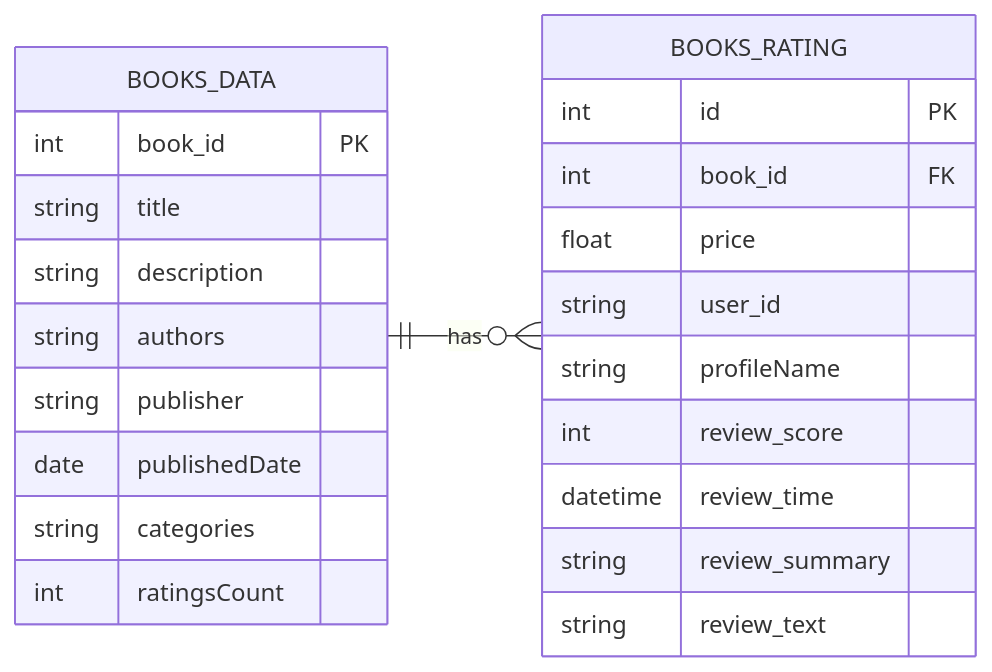
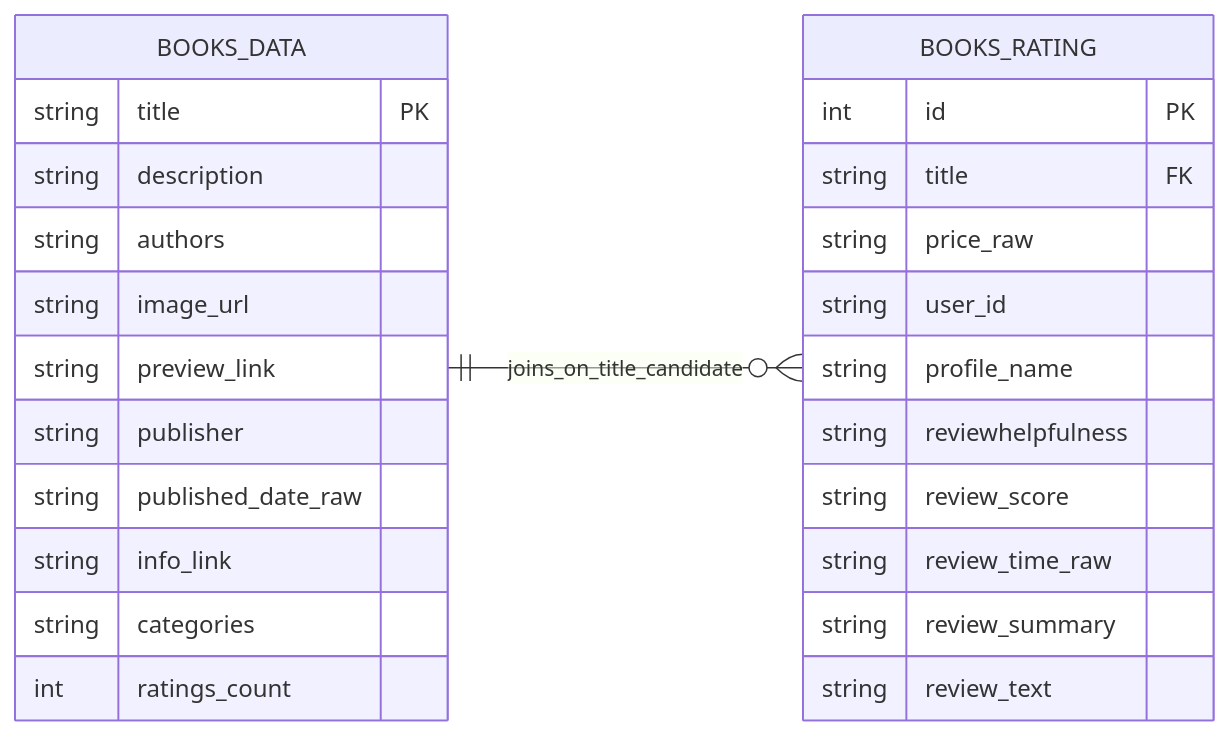
Before and after one commit to dui-w-moonrin/amazon-books-de-analytics-ml-pipeline: the diagram in README.md, drawn with Mermaid. The commit also changed other lines of this file and 3 other files, not shown here.

Commit message:
feat: add config-driven bronze ingestion for books_data

````diff
--- a/README.md
+++ b/README.md
@@ -70,28 +70,31 @@
 ```mermaid
 erDiagram
     Direction LR
-    BOOKS_DATA ||--o{ BOOKS_RATING : has
+    BOOKS_DATA ||--o{ BOOKS_RATING : joins_on_title_candidate
 
     BOOKS_DATA {
-        int book_id PK
-        string title
+        string title PK
         string description
         string authors
+        string image_url
+        string preview_link
         string publisher
-        date publishedDate
+        string published_date_raw
+        string info_link
         string categories
-        int ratingsCount
+        int ratings_count
     }
 
     BOOKS_RATING {
         int id PK
-        int book_id FK
-        float price
+        string title FK
+        string price_raw
         string user_id
-        string profileName
-        int review_score
-        datetime review_time
+        string profile_name
+        string reviewhelpfulness
+        string review_score
+        string review_time_raw
         string review_summary
         string review_text
     }
 ```
````
